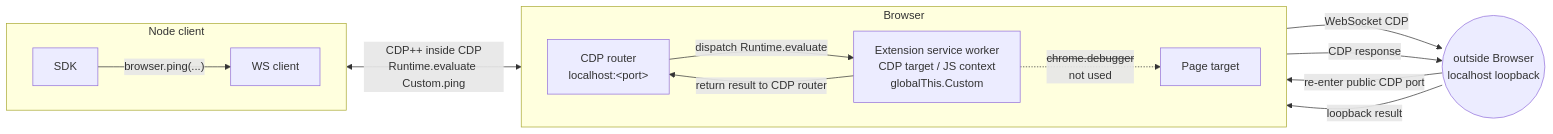
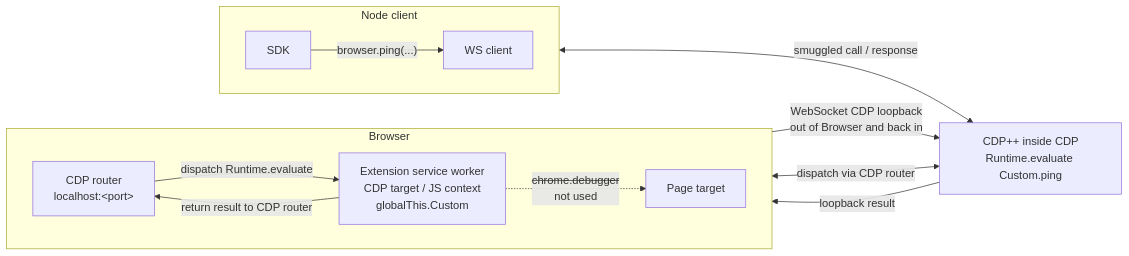
The third of 4 diagrams in README.md (pirate/chrome-cdp-extension-bridge), drawn with Mermaid before and after one commit. The commit also changed other lines of this file, not shown here.

Commit message:
Route loopback arrows through smuggled CDP nodes

````diff
--- a/README.md
+++ b/README.md
@@ -102,27 +102,26 @@
 ```mermaid
 flowchart LR
   subgraph Node["Node client"]
     direction LR
     SDK["SDK"]
     WS["WS client"]
     SDK -->|"browser.ping(...)"| WS
   end
 
   subgraph Browser["Browser"]
     direction LR
     CDP["CDP router<br/>localhost:&lt;port&gt;"]
     SW["Extension service worker<br/>CDP target / JS context<br/>globalThis.Custom"]
     Page["Page target"]
     CDP -->|"dispatch Runtime.evaluate"| SW
     SW -. "<s>chrome.debugger</s><br/>not used" .-> Page
   end
 
-  Loop(("outside Browser<br/>localhost loopback"))
+  Smuggle["CDP++ inside CDP<br/>Runtime.evaluate Custom.ping"]
 
-  WS <-->|"CDP++ inside CDP<br/>Runtime.evaluate Custom.ping"| CDP
-  SW -->|"WebSocket CDP"| Loop
-  Loop -->|"re-enter public CDP port"| CDP
-  CDP -->|"CDP response"| Loop
-  Loop -->|"loopback result"| SW
+  WS <-->|"smuggled call / response"| Smuggle
+  Smuggle <-->|"dispatch via CDP router"| CDP
+  SW -->|"WebSocket CDP loopback<br/>out of Browser and back in"| Smuggle
+  Smuggle -->|"loopback result"| SW
   SW -->|"return result to CDP router"| CDP
 ```
````
